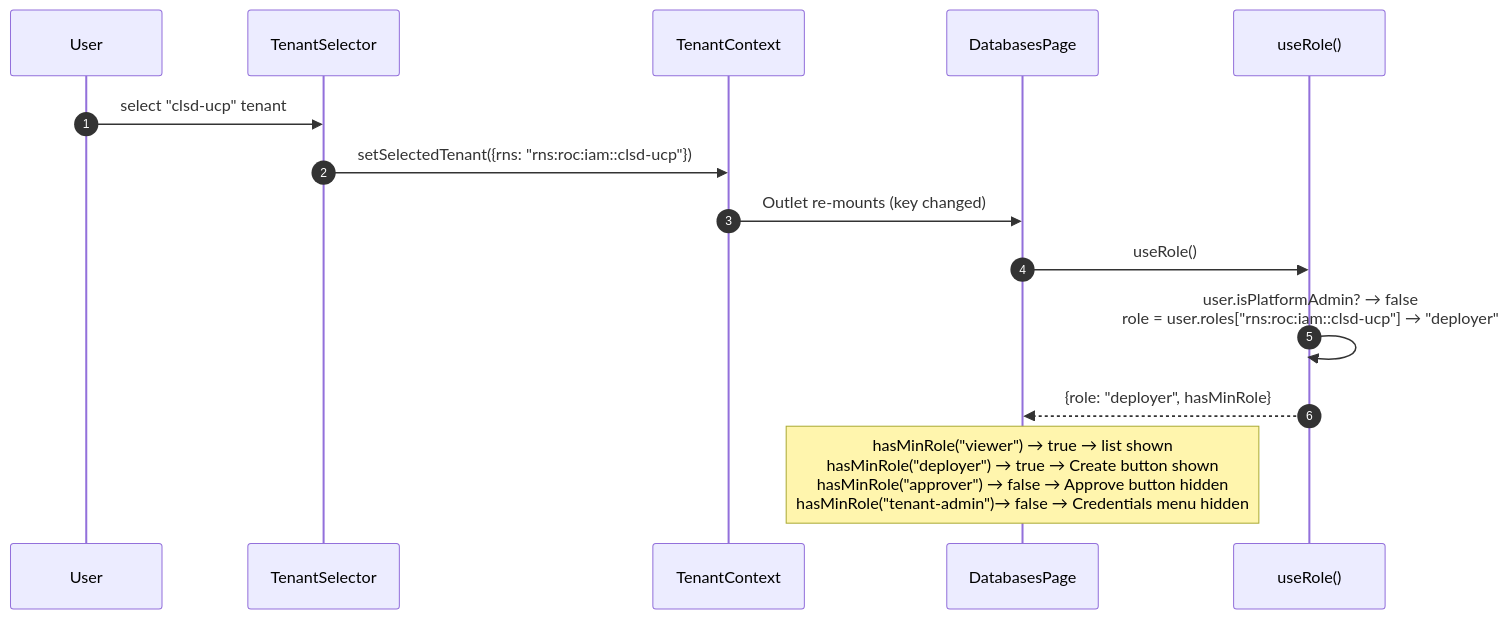
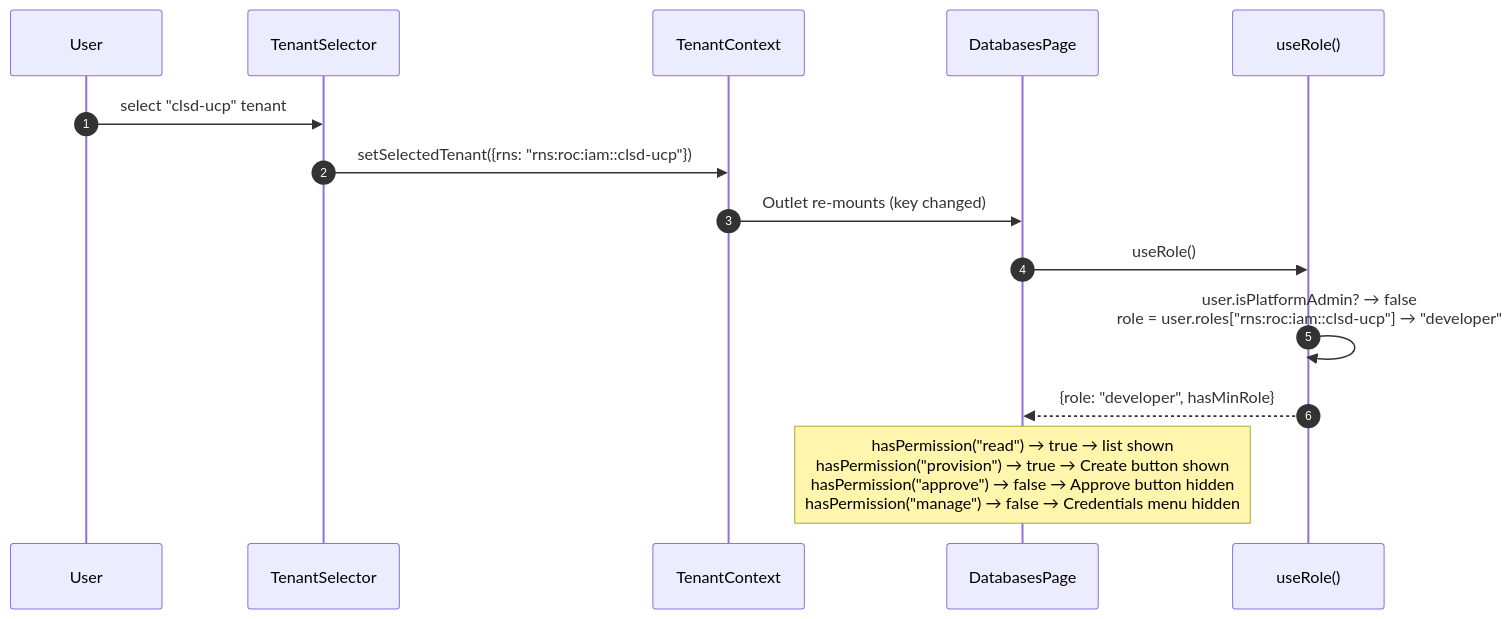
The second of 5 diagrams in docs/projects/universal-control-plane-ucp/pocs/rbac/implementation.md (aripermana-putra/ucp-docs-collection), drawn with Mermaid before and after one commit. The commit also changed other lines of this file and 1 other file, not shown here.

````diff
--- a/docs/projects/universal-control-plane-ucp/pocs/rbac/implementation.md
+++ b/docs/projects/universal-control-plane-ucp/pocs/rbac/implementation.md
@@ -305,21 +334,21 @@
 ```mermaid
 sequenceDiagram
     autonumber
 
     participant User
     participant TenantSelector as TenantSelector
     participant TenantCtx as TenantContext
     participant Component as DatabasesPage
     participant useRole as useRole()
 
     User->>TenantSelector: select "clsd-ucp" tenant
     TenantSelector->>TenantCtx: setSelectedTenant({rns: "rns:roc:iam::clsd-ucp"})
     TenantCtx->>Component: Outlet re-mounts (key changed)
 
     Component->>useRole: useRole()
-    useRole->>useRole: user.isPlatformAdmin? → false<br/>role = user.roles["rns:roc:iam::clsd-ucp"] → "deployer"
+    useRole->>useRole: user.isPlatformAdmin? → false<br/>role = user.roles["rns:roc:iam::clsd-ucp"] → "developer"
 
-    useRole-->>Component: {role: "deployer", hasMinRole}
+    useRole-->>Component: {role: "developer", hasMinRole}
 
-    Note over Component: hasMinRole("viewer")      → true  → list shown<br/>hasMinRole("deployer")    → true  → Create button shown<br/>hasMinRole("approver")    → false → Approve button hidden<br/>hasMinRole("tenant-admin")→ false → Credentials menu hidden
+    Note over Component: hasPermission("read")      → true  → list shown<br/>hasPermission("provision") → true  → Create button shown<br/>hasPermission("approve")   → false → Approve button hidden<br/>hasPermission("manage")    → false → Credentials menu hidden
 ```
````
